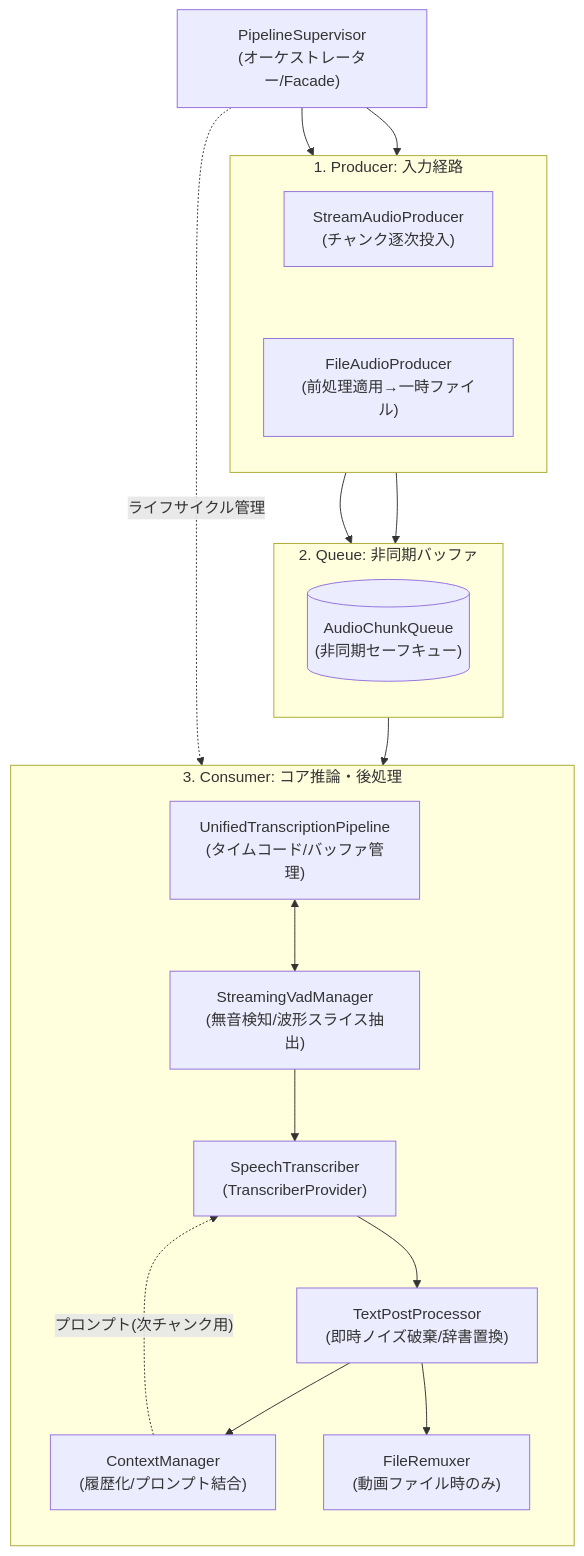
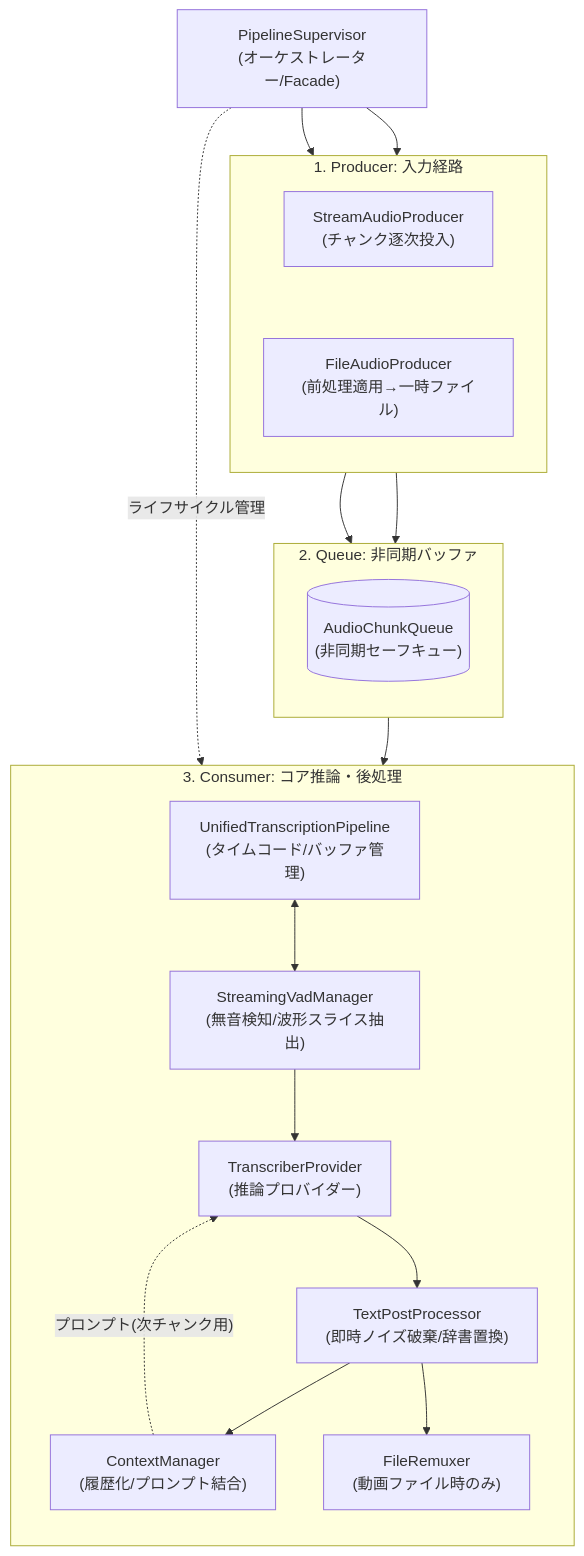
One commit to tk44fk40/audio-transcriber changed the first of 2 diagrams in docs/detailed_design.md. Above: the diagram before and after it, drawn with Mermaid. The commit also changed other lines of this file and 2 other files, not shown here.

Commit message:
docs: サブエージェントのレビュー指摘に基づく設計・計画・タスクの整合性修正
- PROJECT_TASKS.md: Phase 14 に FileRemuxer, 全Protocol定義, 旧ファイル統合, RecognizedSegment, MockProviderタスクを組み込み
- detailed_design.md: Sanitizer→TextPostProcessor 等の表記ゆれを統一
- PROJECT_PLAN.md: Phase 15, 16を統合し、タスクのナンバリングを修正

````diff
--- a/docs/detailed_design.md
+++ b/docs/detailed_design.md
@@ -15,44 +15,44 @@
 ```mermaid
 flowchart TD
     Supervisor["PipelineSupervisor\n(オーケストレーター/Facade)"]
     
     subgraph ProducerGroup [1. Producer: 入力経路]
         direction TB
         StreamIn["StreamAudioProducer\n(チャンク逐次投入)"]
         FileIn["FileAudioProducer\n(前処理適用→一時ファイル)"]
         StreamIn ~~~ FileIn
     end
 
     subgraph QueueGroup [2. Queue: 非同期バッファ]
         direction TB
         Queue[("AudioChunkQueue\n(非同期セーフキュー)")]
     end
 
     subgraph ConsumerGroup [3. Consumer: コア推論・後処理]
         direction TB
         UnifiedPipe["UnifiedTranscriptionPipeline\n(タイムコード/バッファ管理)"]
         VadManager["StreamingVadManager\n(無音検知/波形スライス抽出)"]
-        STT["SpeechTranscriber\n(TranscriberProvider)"]
-        Sanitizer["TextPostProcessor\n(即時ノイズ破棄/辞書置換)"]
+        STT["TranscriberProvider\n(推論プロバイダー)"]
+        PostProcessor["TextPostProcessor\n(即時ノイズ破棄/辞書置換)"]
         Context["ContextManager\n(履歴化/プロンプト結合)"]
         Remuxer["FileRemuxer\n(動画ファイル時のみ)"]
         
         %% Consumer内部の直列フロー
         UnifiedPipe <--> VadManager
         VadManager --> STT
-        STT --> Sanitizer
-        Sanitizer --> Context
+        STT --> PostProcessor
+        PostProcessor --> Context
         Context -. "プロンプト(次チャンク用)" .-> STT
-        Sanitizer --> Remuxer
+        PostProcessor --> Remuxer
     end
 
     %% 全体のフロー定義
     Supervisor --> StreamIn
     Supervisor --> FileIn
     Supervisor -. "ライフサイクル管理" .-> UnifiedPipe
     
     StreamIn --> Queue
     FileIn --> Queue
     
     Queue --> UnifiedPipe
 ```
````
